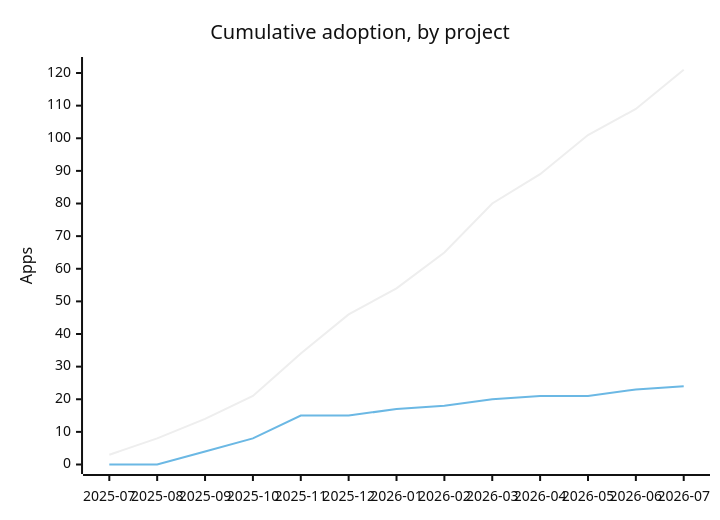
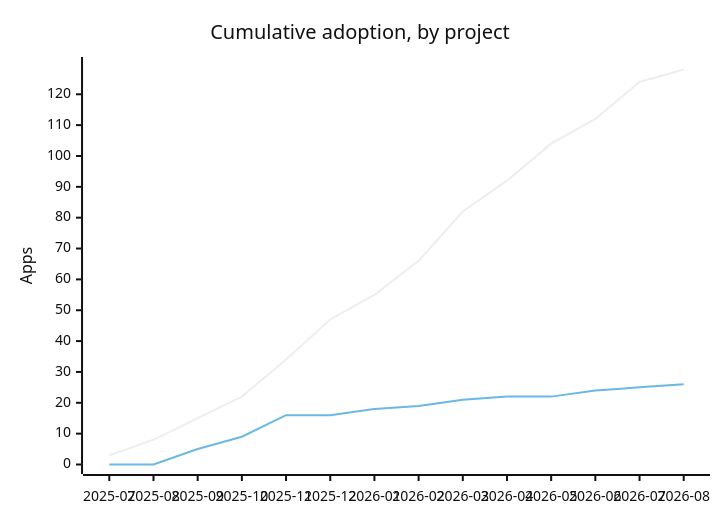
One commit to marcoroth/herb-corpus changed the first of 2 diagrams in README.md. Above: the diagram before and after it, drawn with Mermaid (neutral theme). The commit also changed other lines of this file and 2206 other files, not shown here.

````diff
--- a/README.md
+++ b/README.md
@@ -632,8 +654,8 @@
 ```mermaid
 xychart
   title "Cumulative adoption, by project"
-  x-axis ["2025-07", "2025-08", "2025-09", "2025-10", "2025-11", "2025-12", "2026-01", "2026-02", "2026-03", "2026-04", "2026-05", "2026-06", "2026-07"]
-  y-axis "Apps" 0 --> 122
-  line [3, 8, 14, 21, 34, 46, 54, 65, 80, 89, 101, 109, 121]
-  line [0, 0, 4, 8, 15, 15, 17, 18, 20, 21, 21, 23, 24]
+  x-axis ["2025-07", "2025-08", "2025-09", "2025-10", "2025-11", "2025-12", "2026-01", "2026-02", "2026-03", "2026-04", "2026-05", "2026-06", "2026-07", "2026-08"]
+  y-axis "Apps" 0 --> 129
+  line [3, 8, 15, 22, 34, 47, 55, 66, 82, 92, 104, 112, 124, 128]
+  line [0, 0, 5, 9, 16, 16, 18, 19, 21, 22, 22, 24, 25, 26]
 ```
````
